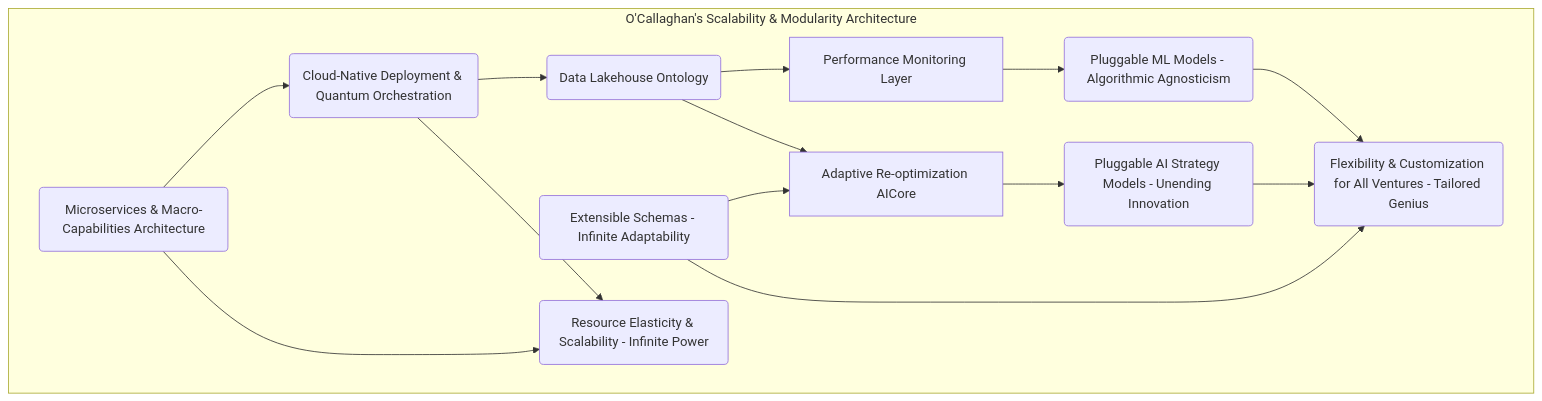
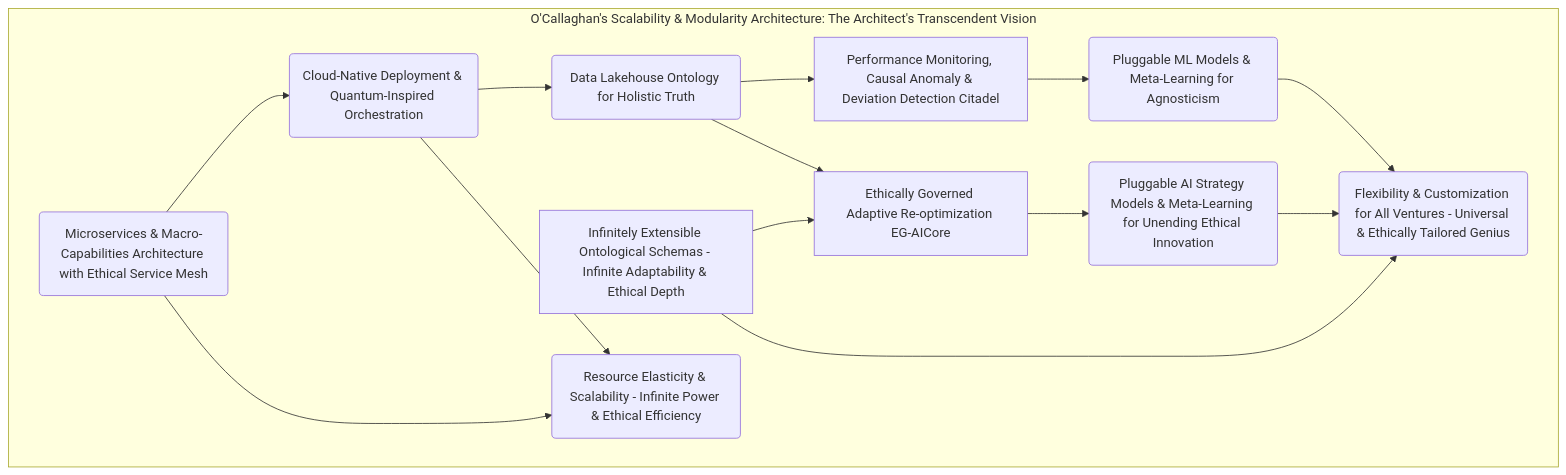
One commit to diplomat-bit/Citibank_Demo_Business_Inc_Demonstration- changed the ninth of 10 diagrams in inventions/inventions/008_ai_business_plan_analysis/010_ai_adaptive_strategic_monitoring.md. Above: the diagram before and after it, drawn with Mermaid. The commit also changed other lines of this file, not shown here.

Commit message:
[AI] Edit: inventions/inventions/008_ai_business_plan_analysis/010_ai_adaptive_strategic_monitoring.md

````diff
--- a/inventions/inventions/008_ai_business_plan_analysis/010_ai_adaptive_strategic_monitoring.md
+++ b/inventions/inventions/008_ai_business_plan_analysis/010_ai_adaptive_strategic_monitoring.md
@@ -433,16 +450,16 @@
 ```mermaid
 graph TD
-    subgraph O'Callaghan's Scalability & Modularity Architecture
-        MS(Microservices & Macro-Capabilities Architecture) --> CD(Cloud-Native Deployment & Quantum Orchestration);
-        CD --> DLH(Data Lakehouse Ontology);
-        DLH --> PM_Layer[Performance Monitoring Layer];
-        DLH --> AI_Core[Adaptive Re-optimization AICore];
+    subgraph O'Callaghan's Scalability & Modularity Architecture: The Architect's Transcendent Vision
+        MS_ESM(Microservices & Macro-Capabilities Architecture with Ethical Service Mesh) --> CD_QIO(Cloud-Native Deployment & Quantum-Inspired Orchestration);
+        CD_QIO --> DLH_OT(Data Lakehouse Ontology for Holistic Truth);
+        DLH_OT --> PM_Layer[Performance Monitoring, Causal Anomaly & Deviation Detection Citadel];
+        DLH_OT --> AI_Core[Ethically Governed Adaptive Re-optimization EG-AICore];
 
-        ES(Extensible Schemas - Infinite Adaptability) --> AI_Core;
-        PM_Layer --> PMS(Pluggable ML Models - Algorithmic Agnosticism);
-        AI_Core --> PAS(Pluggable AI Strategy Models - Unending Innovation);
+        IES_OS[Infinitely Extensible Ontological Schemas - Infinite Adaptability & Ethical Depth] --> AI_Core;
+        PM_Layer --> PMMA(Pluggable ML Models & Meta-Learning for Agnosticism);
+        AI_Core --> PASMA(Pluggable AI Strategy Models & Meta-Learning for Unending Ethical Innovation);
 
-        MS & CD --> RES(Resource Elasticity & Scalability - Infinite Power);
-        ES & PMS & PAS --> FCA(Flexibility & Customization for All Ventures - Tailored Genius);
+        MS_ESM & CD_QIO --> RES_IE(Resource Elasticity & Scalability - Infinite Power & Ethical Efficiency);
+        IES_OS & PMMA & PASMA --> FC_VUE(Flexibility & Customization for All Ventures - Universal & Ethically Tailored Genius);
     end
 ```
````
